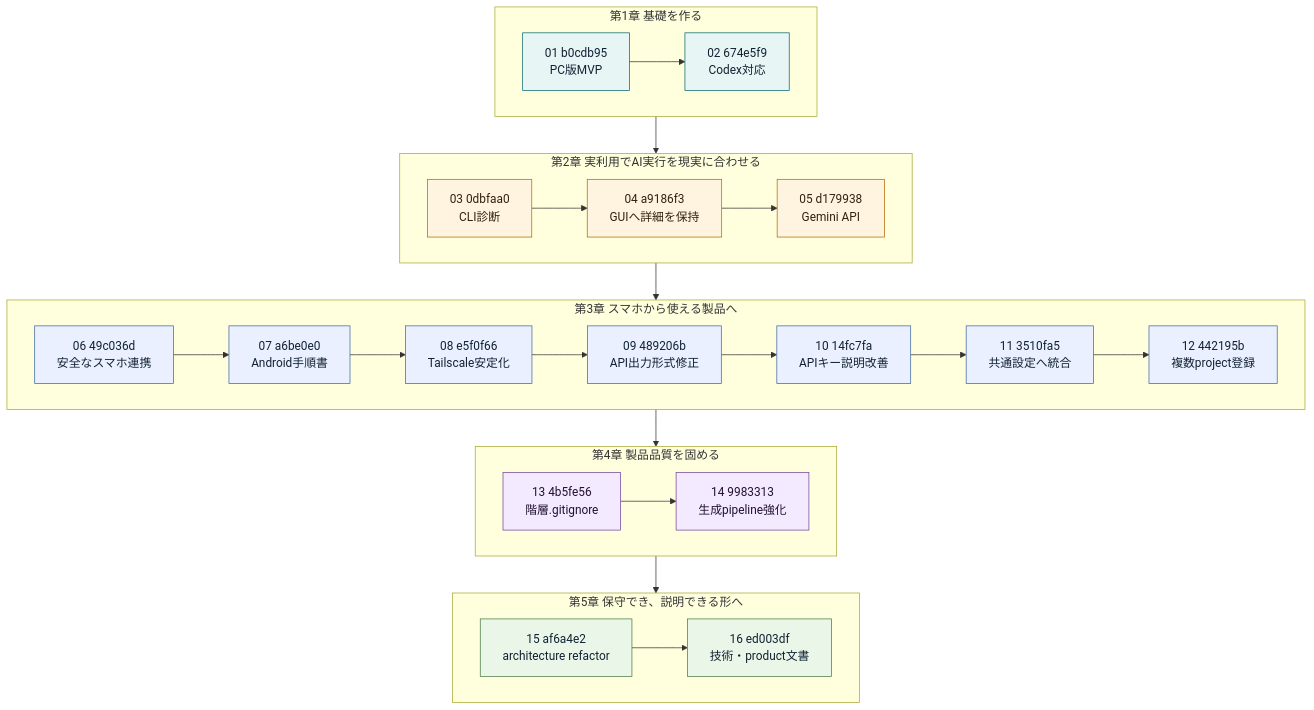
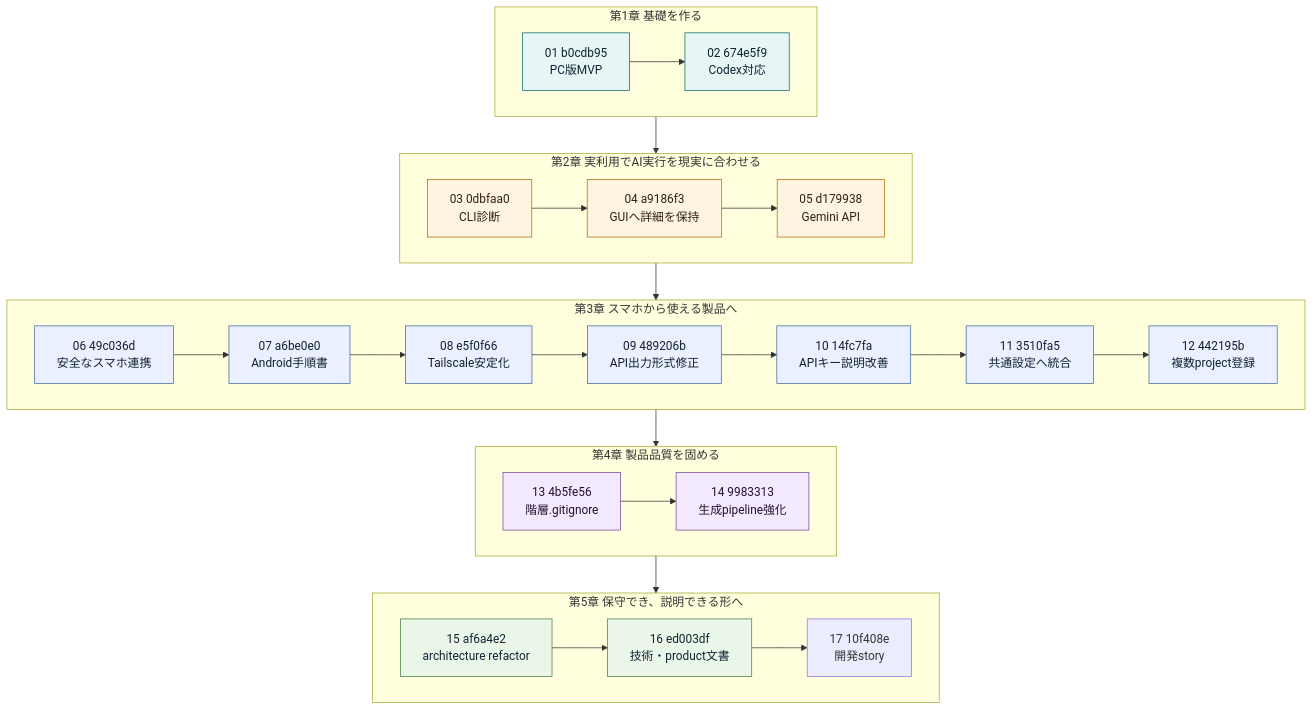
The third of 9 diagrams in docs/development-story.md (matsutanishimpei/make-summary), drawn with Mermaid before and after one commit. The commit also changed other lines of this file and 3 other files, not shown here.

````diff
--- a/docs/development-story.md
+++ b/docs/development-story.md
@@ -41,49 +71,50 @@
 ```mermaid
 flowchart TB
     subgraph P1["第1章 基礎を作る"]
         direction LR
         C01["01 b0cdb95<br/>PC版MVP"] --> C02["02 674e5f9<br/>Codex対応"]
     end
 
     subgraph P2["第2章 実利用でAI実行を現実に合わせる"]
         direction LR
         C03["03 0dbfaa0<br/>CLI診断"] --> C04["04 a9186f3<br/>GUIへ詳細を保持"]
         C04 --> C05["05 d179938<br/>Gemini API"]
     end
 
     subgraph P3["第3章 スマホから使える製品へ"]
         direction LR
         C06["06 49c036d<br/>安全なスマホ連携"] --> C07["07 a6be0e0<br/>Android手順書"]
         C07 --> C08["08 e5f0f66<br/>Tailscale安定化"]
         C08 --> C09["09 489206b<br/>API出力形式修正"]
         C09 --> C10["10 14fc7fa<br/>APIキー説明改善"]
         C10 --> C11["11 3510fa5<br/>共通設定へ統合"]
         C11 --> C12["12 442195b<br/>複数project登録"]
     end
 
     subgraph P4["第4章 製品品質を固める"]
         direction LR
         C13["13 4b5fe56<br/>階層.gitignore"] --> C14["14 9983313<br/>生成pipeline強化"]
     end
 
     subgraph P5["第5章 保守でき、説明できる形へ"]
         direction LR
         C15["15 af6a4e2<br/>architecture refactor"] --> C16["16 ed003df<br/>技術・product文書"]
+        C16 --> C17["17 10f408e<br/>開発story"]
     end
 
     C02 --> C03
     C05 --> C06
     C12 --> C13
     C14 --> C15
 
     classDef foundation fill:#e7f5f5,stroke:#0c6b70,color:#123;
     classDef feedback fill:#fff4df,stroke:#b56b00,color:#321;
     classDef mobile fill:#eaf0ff,stroke:#4169a1,color:#123;
     classDef quality fill:#f4eaff,stroke:#74479b,color:#213;
     classDef structure fill:#eaf7e8,stroke:#4c7d47,color:#123;
     class C01,C02 foundation;
     class C03,C04,C05 feedback;
     class C06,C07,C08,C09,C10,C11,C12 mobile;
     class C13,C14 quality;
     class C15,C16 structure;
 ```
````
